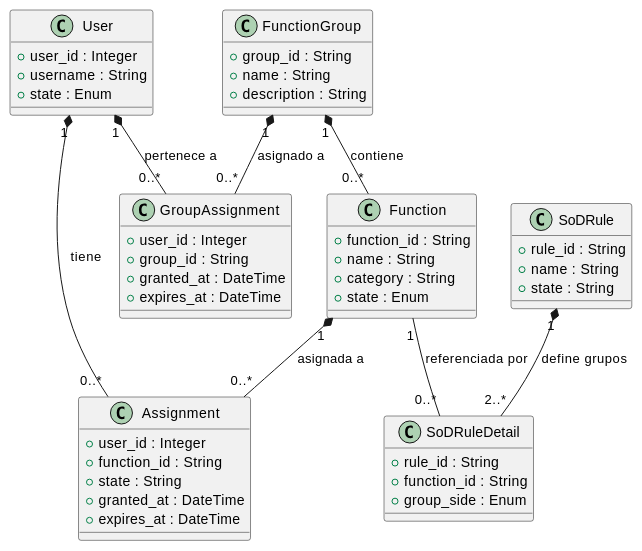
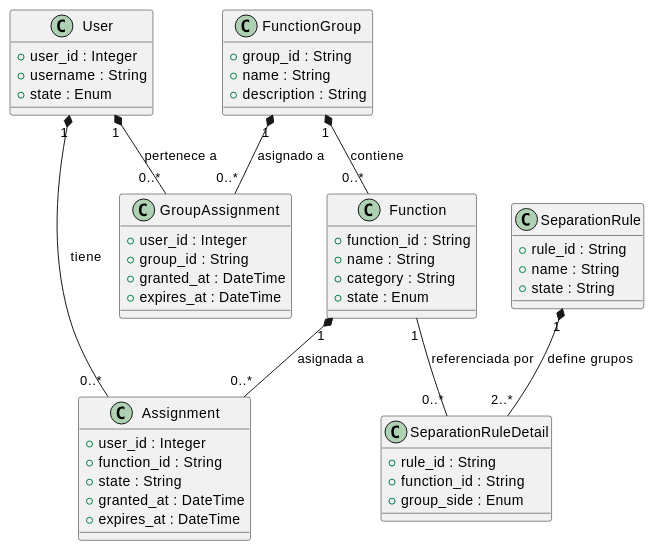
The diagram in source/arquitectura-tecnica/rbac/modelo-rbac-iact/diagramas/clases-entidades-rbac.rst (jcg-admin/IACT-docs), drawn with PlantUML before and after one commit. The commit also changed 32 other files, not shown here.

```diff
--- a/source/arquitectura-tecnica/rbac/modelo-rbac-iact/diagramas/clases-entidades-rbac.rst
+++ b/source/arquitectura-tecnica/rbac/modelo-rbac-iact/diagramas/clases-entidades-rbac.rst
@@ -19,60 +19,60 @@
 .. uml::
- :caption: Entidades centrales del modelo RBAC IACT v5.6.0 — 64 funciones atomicas activas (catalogo declara 77, 13 reservadas open-closed), 12 grupos, 3 reglas SoD.
+ :caption: Entidades centrales del modelo RBAC IACT v5.6.0 — 64 funciones atomicas activas (catalogo declara 77, 13 reservadas open-closed), 12 grupos, 3 reglas de separacion.
 
  @startuml
 
  class User {
    + user_id : Integer
    + username : String
    + state : Enum
  }
 
  class Function {
    + function_id : String
    + name : String
    + category : String
    + state : Enum
  }
 
  class FunctionGroup {
    + group_id : String
    + name : String
    + description : String
  }
 
  class Assignment {
    + user_id : Integer
    + function_id : String
    + state : String
    + granted_at : DateTime
    + expires_at : DateTime
  }
 
  class GroupAssignment {
    + user_id : Integer
    + group_id : String
    + granted_at : DateTime
    + expires_at : DateTime
  }
 
- class SoDRule {
+ class SeparationRule {
    + rule_id : String
    + name : String
    + state : String
  }
 
- class SoDRuleDetail {
+ class SeparationRuleDetail {
    + rule_id : String
    + function_id : String
    + group_side : Enum
  }
 
  User "1" *-- "0..*" Assignment : tiene
  User "1" *-- "0..*" GroupAssignment : pertenece a
  Function "1" *-- "0..*" Assignment : asignada a
  FunctionGroup "1" *-- "0..*" GroupAssignment : asignado a
  FunctionGroup "1" *-- "0..*" Function : contiene
- SoDRule "1" *-- "2..*" SoDRuleDetail : define grupos
- Function "1" -- "0..*" SoDRuleDetail : referenciada por
+ SeparationRule "1" *-- "2..*" SeparationRuleDetail : define grupos
+ Function "1" -- "0..*" SeparationRuleDetail : referenciada por
 
  @enduml
```
